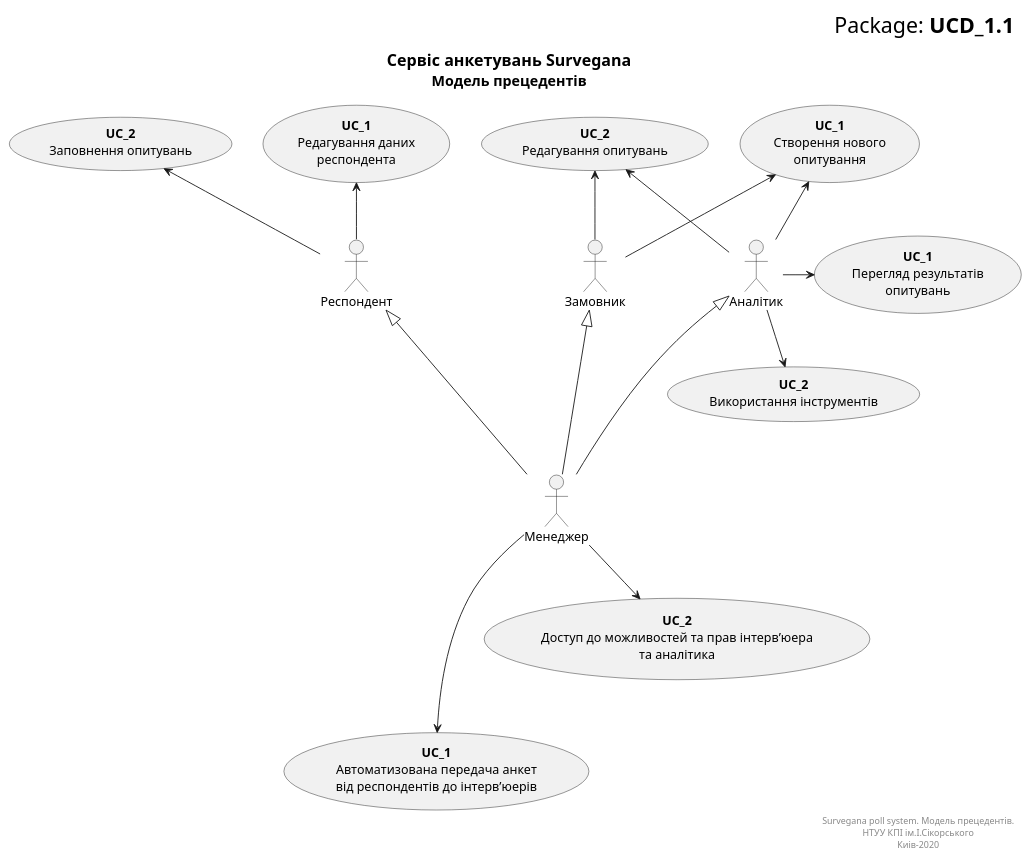
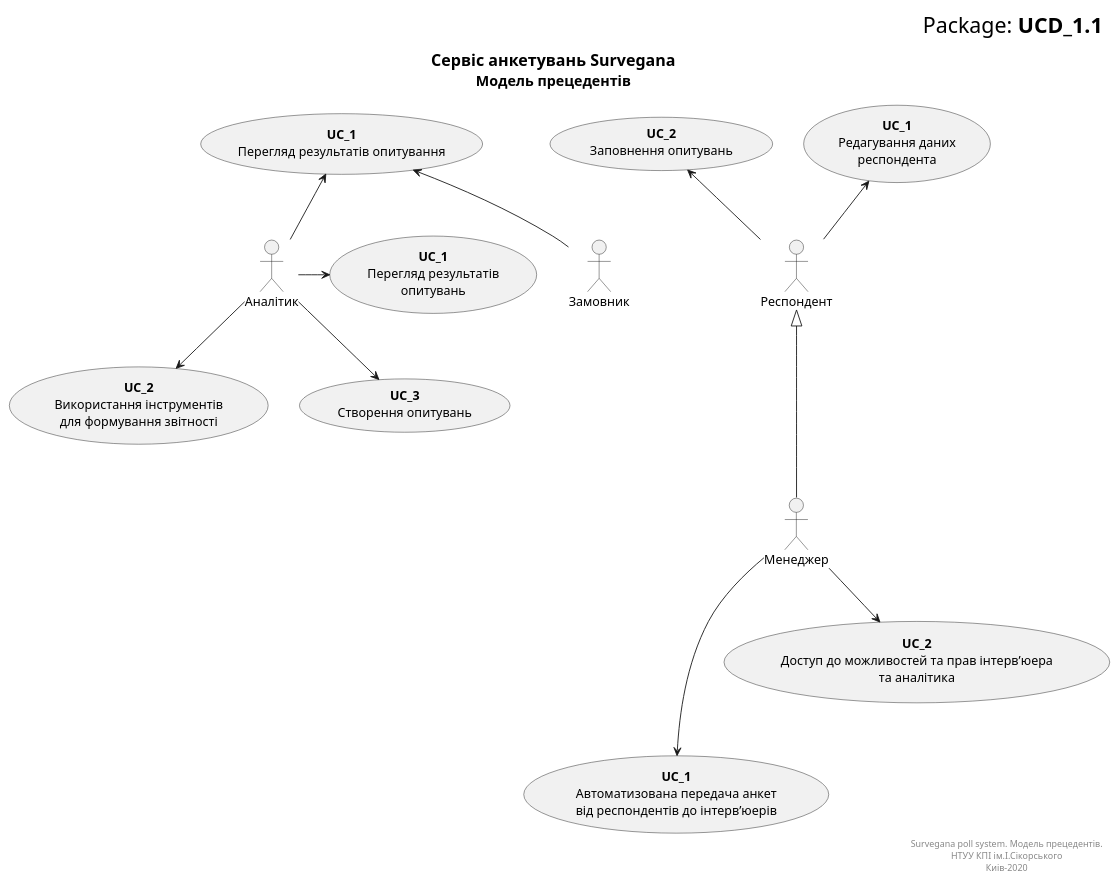
One commit to NothingIsMatter/database_basics_template changed the diagram in src/uml/MainModel.puml. Above: the diagram before and after it, drawn with PlantUML. The commit also changed 1 other file, not shown here.

```diff
--- a/src/uml/MainModel.puml
+++ b/src/uml/MainModel.puml
@@ -1,57 +1,56 @@
 @startuml
 right header
 <font size=24 color=black>Package: <b>UCD_1.1
 end header
 
 title
 <font size=18 color=black>Сервіс анкетувань Survegana
 <font size=16 color=black>Модель прецедентів
 end title
 
 actor "Респондент" as User
 actor "Аналітик" as Analyst
 actor "Замовник" as Customer
 actor "Менеджер" as Manager
 
 ' UCes for User:
 usecase "<b>UC_1</b>\nРедагування даних\nреспондента" as UC1_User
 usecase "<b>UC_2</b>\nЗаповнення опитувань" as UC2_User
 
 ' UCes for Analyst:
 usecase "<b>UC_1</b>\nПерегляд результатів\nопитувань" as UC1_Analyst
-usecase "<b>UC_2</b>\nВикористання інструментів" as UC2_Analyst
+usecase "<b>UC_2</b>\nВикористання інструментів\nдля формування звітності" as UC2_Analyst
+usecase "<b>UC_3</b>\nСтворення опитувань" as UC3_Analyst
 
 ' UCes for Customer:
-usecase "<b>UC_1</b>\nСтворення нового\nопитування" as UC1_Customer
-usecase "<b>UC_2</b>\nРедагування опитувань" as UC2_Customer
+usecase "<b>UC_1</b>\nПерегляд результатів опитування" as UC1_Customer
+
 
 ' UCes for Manager:
 usecase "<b>UC_1</b>\nАвтоматизована передача анкет\nвід респондентів до інтерв’юерів" as UC1_Manager
 usecase "<b>UC_2</b>\nДоступ до можливостей та прав інтерв’юера\nта аналітика" as UC2_Manager
 
 ' Actors connections
 
+
 Manager -u--|> User
-Manager -u--|> Customer
-Manager -u--|> Analyst
 
 User -u-> UC1_User
 User -u-> UC2_User
 
 Analyst -r-> UC1_Analyst
 Analyst -d-> UC2_Analyst
 Analyst -u-> UC1_Customer
-Analyst -u-> UC2_Customer
+Analyst -d-> UC3_Analyst
+Customer -u-> UC1_Customer
 
-Customer -u-> UC1_Customer
-Customer -u-> UC2_Customer
 
 Manager -d--> UC1_Manager
 Manager -d-> UC2_Manager
 
 right footer
 Survegana poll system. Модель прецедентів.
 НТУУ КПІ ім.І.Сікорського
 Киів-2020
 end footer
 @enduml
```
